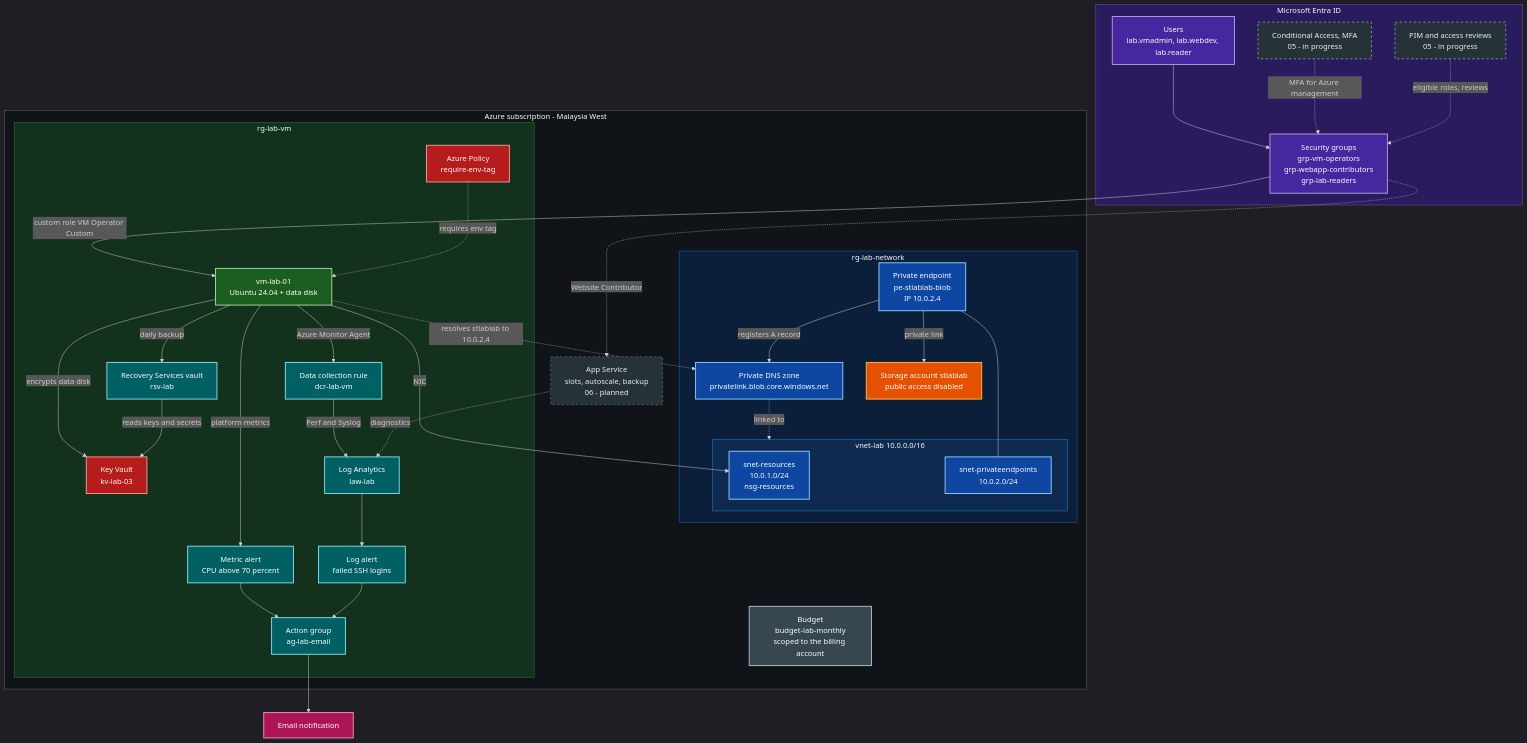
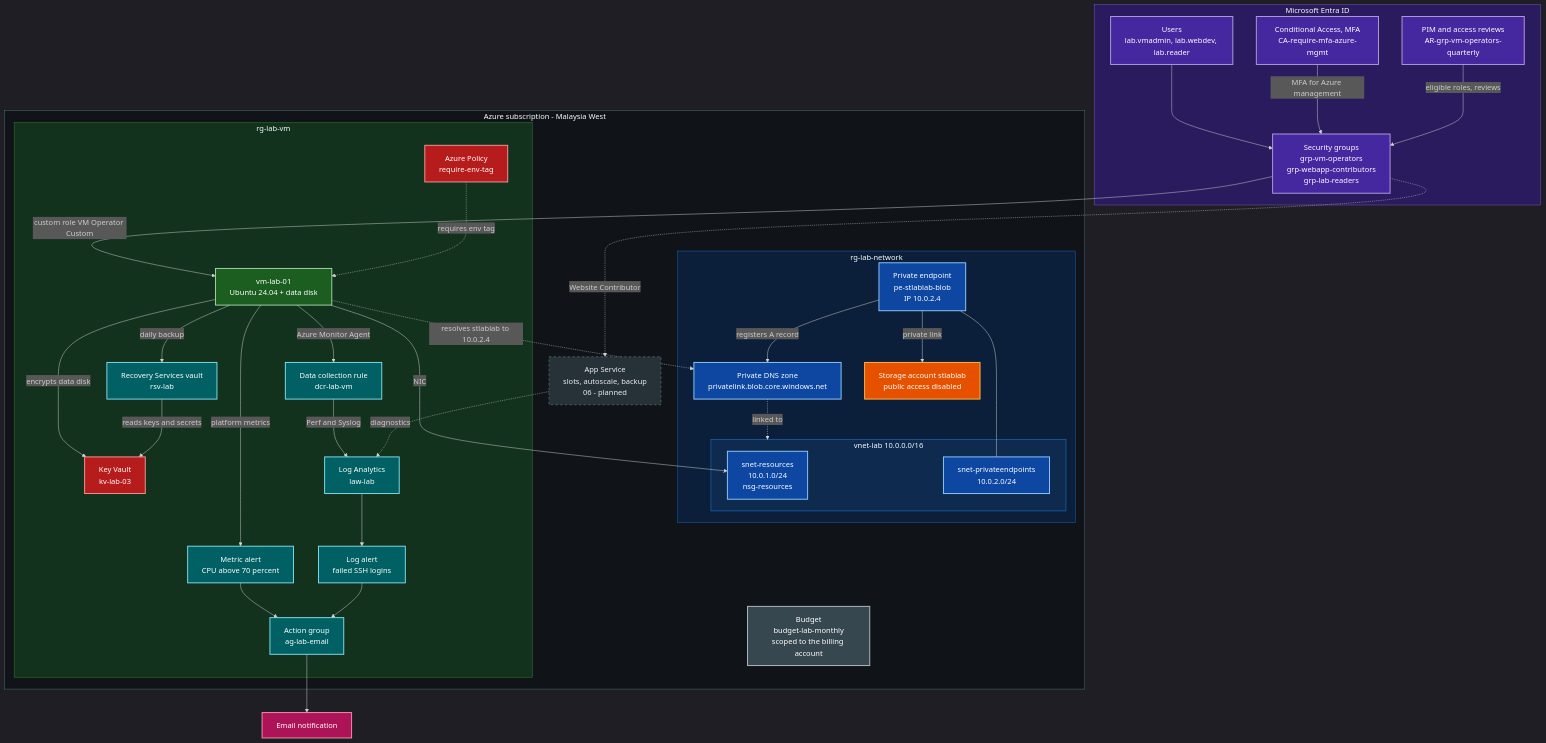
The diagram in README.md (tttaufiqqq/azure-az104-lab), drawn with Mermaid before and after one commit. The commit also changed other lines of this file and 33 other files, not shown here.

First line of the commit message:
Complete project 05 documentation with Conditional Access and PIM

```diff
--- a/README.md
+++ b/README.md
@@ -18,8 +18,8 @@
     subgraph ENTRA["Microsoft Entra ID"]
         USERS["Users<br/>lab.vmadmin, lab.webdev, lab.reader"]
         GROUPS["Security groups<br/>grp-vm-operators<br/>grp-webapp-contributors<br/>grp-lab-readers"]
-        CA["Conditional Access, MFA<br/>05 - in progress"]
-        PIM["PIM and access reviews<br/>05 - in progress"]
+        CA["Conditional Access, MFA<br/>CA-require-mfa-azure-mgmt"]
+        PIM["PIM and access reviews<br/>AR-grp-vm-operators-quarterly"]
         USERS --> GROUPS
     end
 
@@ -54,8 +54,8 @@
     EMAIL["Email notification"]
 
     GROUPS -->|"custom role VM Operator Custom"| VM
-    CA -.->|"MFA for Azure management"| GROUPS
-    PIM -.->|"eligible roles, reviews"| GROUPS
+    CA -->|"MFA for Azure management"| GROUPS
+    PIM -->|"eligible roles, reviews"| GROUPS
     GROUPS -.->|"Website Contributor"| APP
 
     VM -->|"NIC"| SNET1
@@ -97,7 +97,7 @@
     class DCR,LAW,AMETRIC,ALOG,AG,RSV mon
     class BUDGET gov
     class EMAIL notify
-    class CA,PIM,APP planned
+    class APP planned
 
     style ENTRA fill:#2a1a5e,stroke:#7e57c2
     style RGN fill:#0b1f3a,stroke:#1565c0
```
